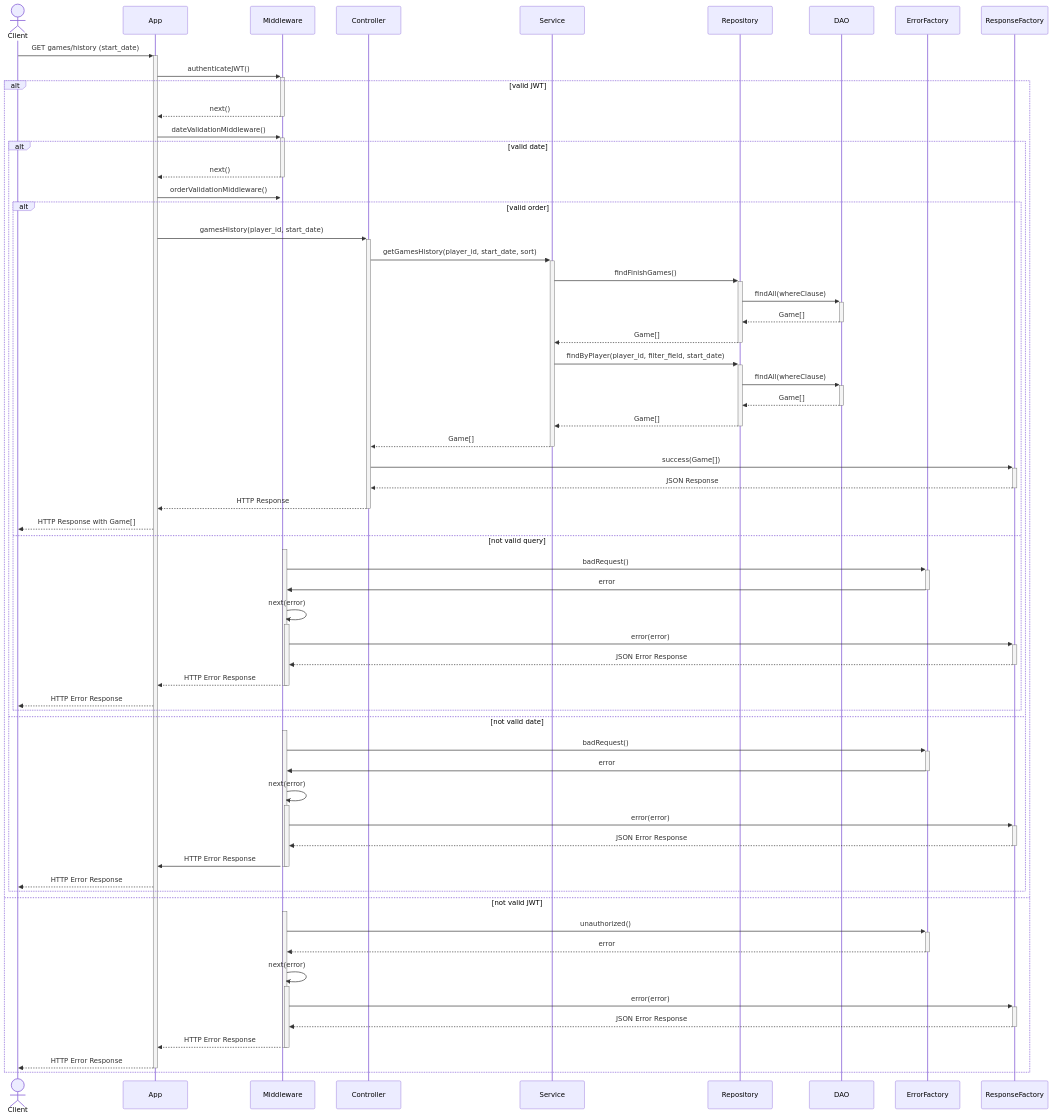
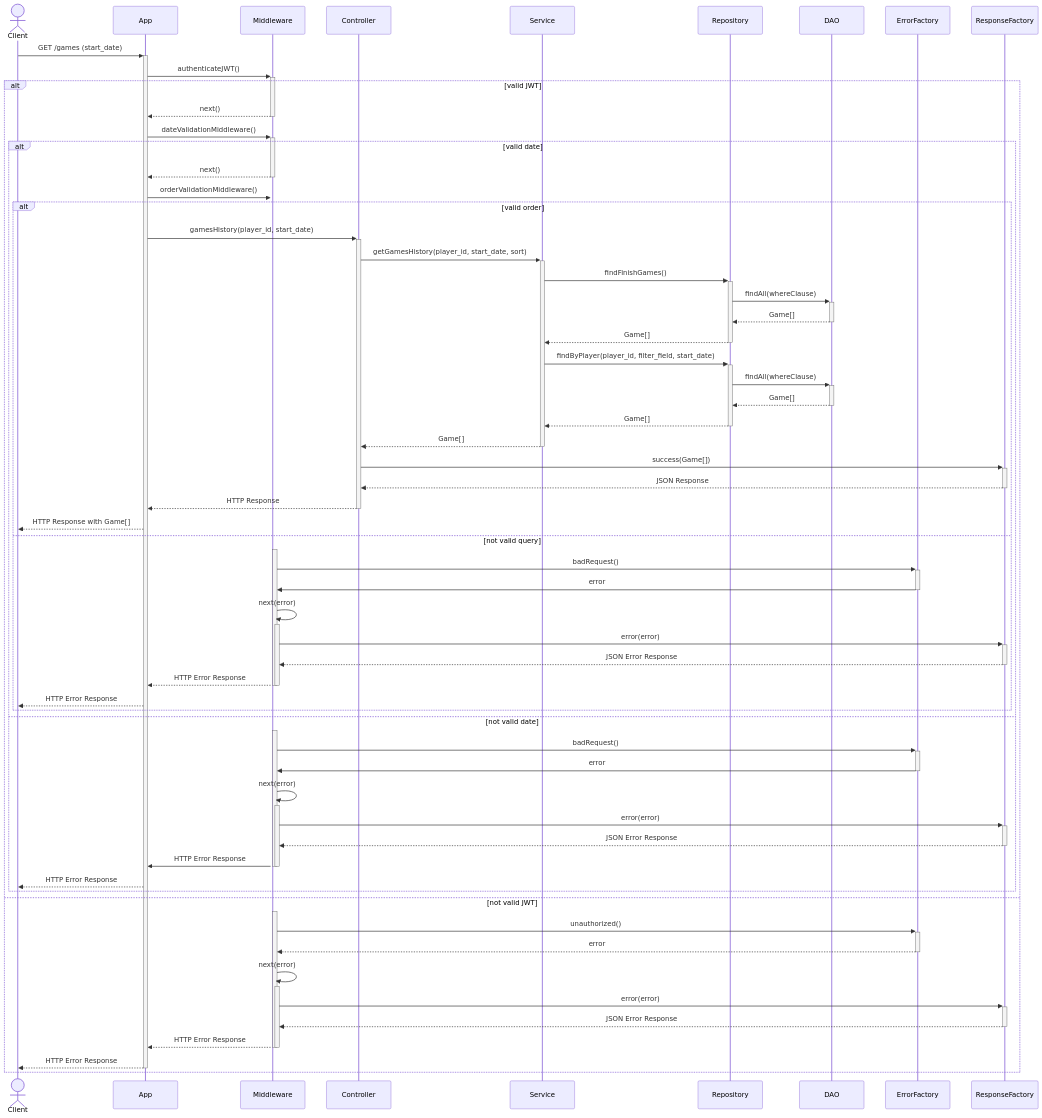
One commit to nicolobartolinii/chess-backend changed the fourth of 7 diagrams in README-it.md. Above: the diagram before and after it, drawn with Mermaid. The commit also changed other lines of this file and 13 other files, not shown here.

````diff
--- a/README-it.md
+++ b/README-it.md
@@ -965,69 +965,69 @@
 ```mermaid
 sequenceDiagram
     actor Client
     participant App
     participant Middleware
     participant Controller
     participant Service
     participant Repository
     participant DAO
     participant ErrorFactory
     participant ResponseFactory
-    Client ->>+ App: GET games/history (start_date)
+    Client ->>+ App: GET /games (start_date)
     App ->>+ Middleware: authenticateJWT()
     alt valid JWT
         Middleware -->>- App: next()
         App ->>+ Middleware: dateValidationMiddleware()
         alt valid date
             Middleware -->>- App: next()
             App ->>+ Middleware: orderValidationMiddleware()
             alt valid order
                 App ->>+ Controller: gamesHistory(player_id, start_date)
                 Controller ->>+ Service: getGamesHistory(player_id, start_date, sort)
                 Service ->>+ Repository: findFinishGames()
                 Repository ->>+ DAO: findAll(whereClause)
                 DAO -->>- Repository: Game[]
                 Repository -->>- Service: Game[]
                 Service ->>+ Repository: findByPlayer(player_id, filter_field, start_date)
                 Repository ->>+ DAO: findAll(whereClause)
                 DAO -->>- Repository: Game[]
                 Repository -->>- Service: Game[]
                 Service -->>- Controller: Game[]
                 Controller ->>+ ResponseFactory: success(Game[])
                 ResponseFactory -->>- Controller: JSON Response
                 Controller -->>- App: HTTP Response
                 App -->> Client: HTTP Response with Game[]
             else not valid query
                 activate Middleware
                 Middleware ->>+ ErrorFactory: badRequest()
                 ErrorFactory ->>- Middleware: error
                 Middleware ->>+ Middleware: next(error)
                 Middleware ->>+ ResponseFactory: error(error)
                 ResponseFactory -->>- Middleware: JSON Error Response
                 Middleware -->>- App: HTTP Error Response
                 deactivate Middleware
                 App -->> Client: HTTP Error Response
             end
         else not valid date
             activate Middleware
             Middleware ->>+ ErrorFactory: badRequest()
             ErrorFactory ->>- Middleware: error
             Middleware ->>+ Middleware: next(error)
             Middleware ->>+ ResponseFactory: error(error)
             ResponseFactory -->>- Middleware: JSON Error Response
             Middleware ->>- App: HTTP Error Response
             deactivate Middleware
             App -->> Client: HTTP Error Response
         end
     else not valid JWT
         activate Middleware
         Middleware ->>+ ErrorFactory: unauthorized()
         ErrorFactory -->>- Middleware: error
         Middleware ->>+ Middleware: next(error)
         Middleware ->>+ ResponseFactory: error(error)
         ResponseFactory -->>- Middleware: JSON Error Response
         Middleware -->>- App: HTTP Error Response
         deactivate Middleware
         App -->>- Client: HTTP Error Response
     end
 ```
````
